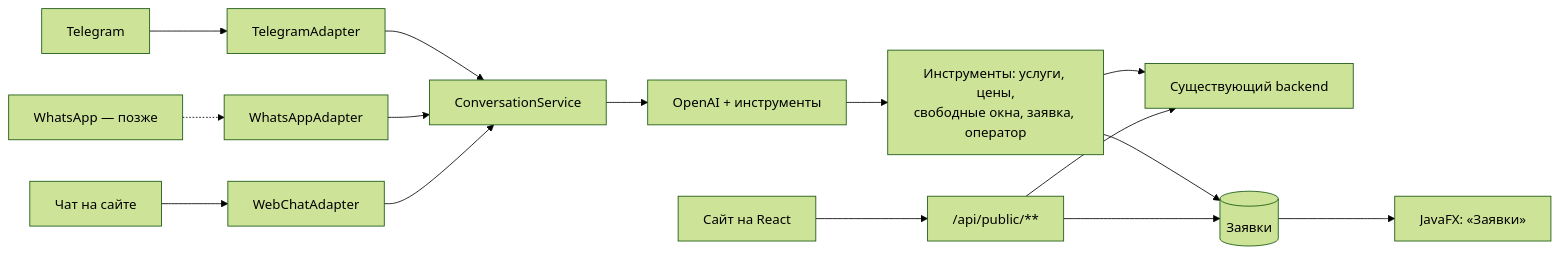
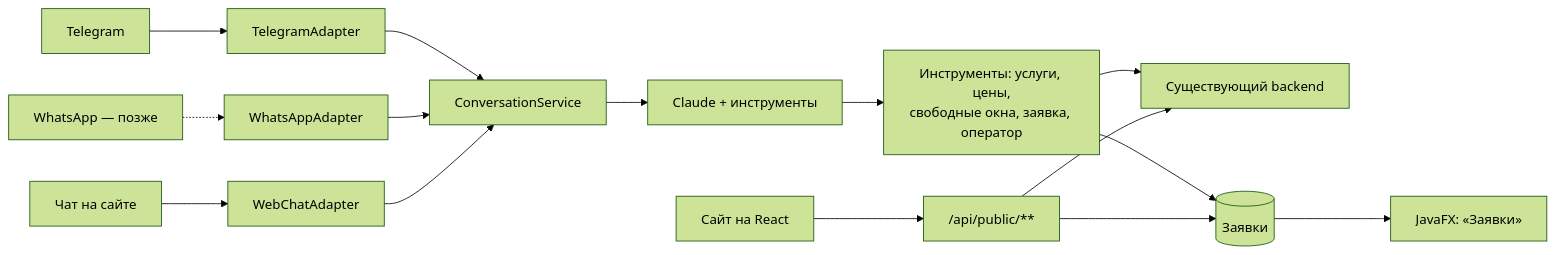
Before and after one commit to EldarGTF/stomatologia: the diagram in docs/roadmap.md, drawn with Mermaid (forest theme). The commit also changed other lines of this file and 48 other files, not shown here.

````diff
--- a/docs/roadmap.md
+++ b/docs/roadmap.md
@@ -20,14 +21,14 @@
 ```mermaid
 flowchart LR
     TG[Telegram] --> TGA[TelegramAdapter]
     WA[WhatsApp — позже] -.-> WAA[WhatsAppAdapter]
     WEBCHAT[Чат на сайте] --> WCA[WebChatAdapter]
     TGA & WAA & WCA --> CONV[ConversationService]
-    CONV --> AI[OpenAI + инструменты]
+    CONV --> AI[Claude + инструменты]
     AI --> TOOLS[Инструменты: услуги, цены,<br/>свободные окна, заявка, оператор]
     TOOLS --> CORE[Существующий backend]
     SPA[Сайт на React] --> PUB["/api/public/**"]
     PUB --> CORE
     TOOLS & PUB --> LEADS[(Заявки)]
     LEADS --> FX[JavaFX: «Заявки»]
 ```
````
